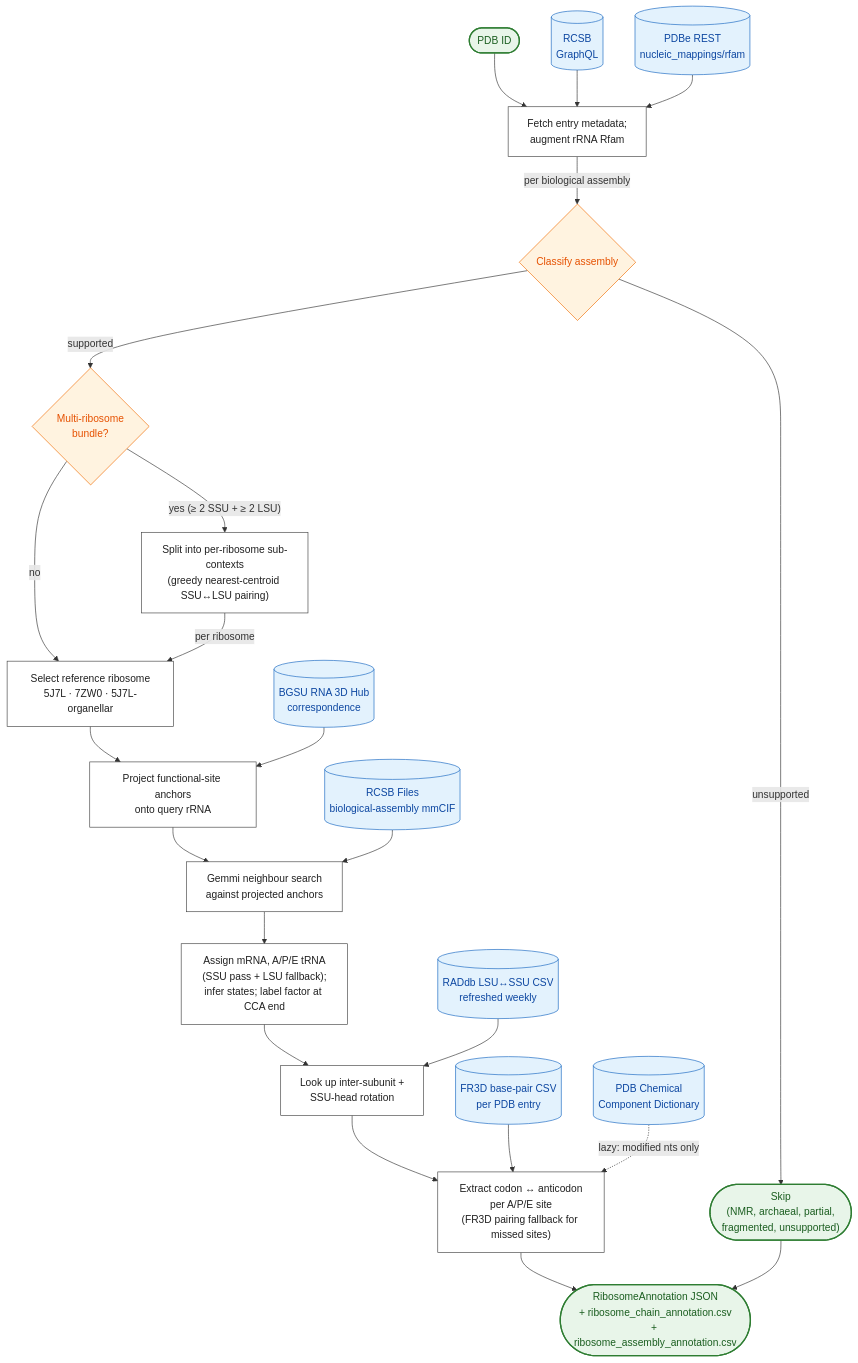
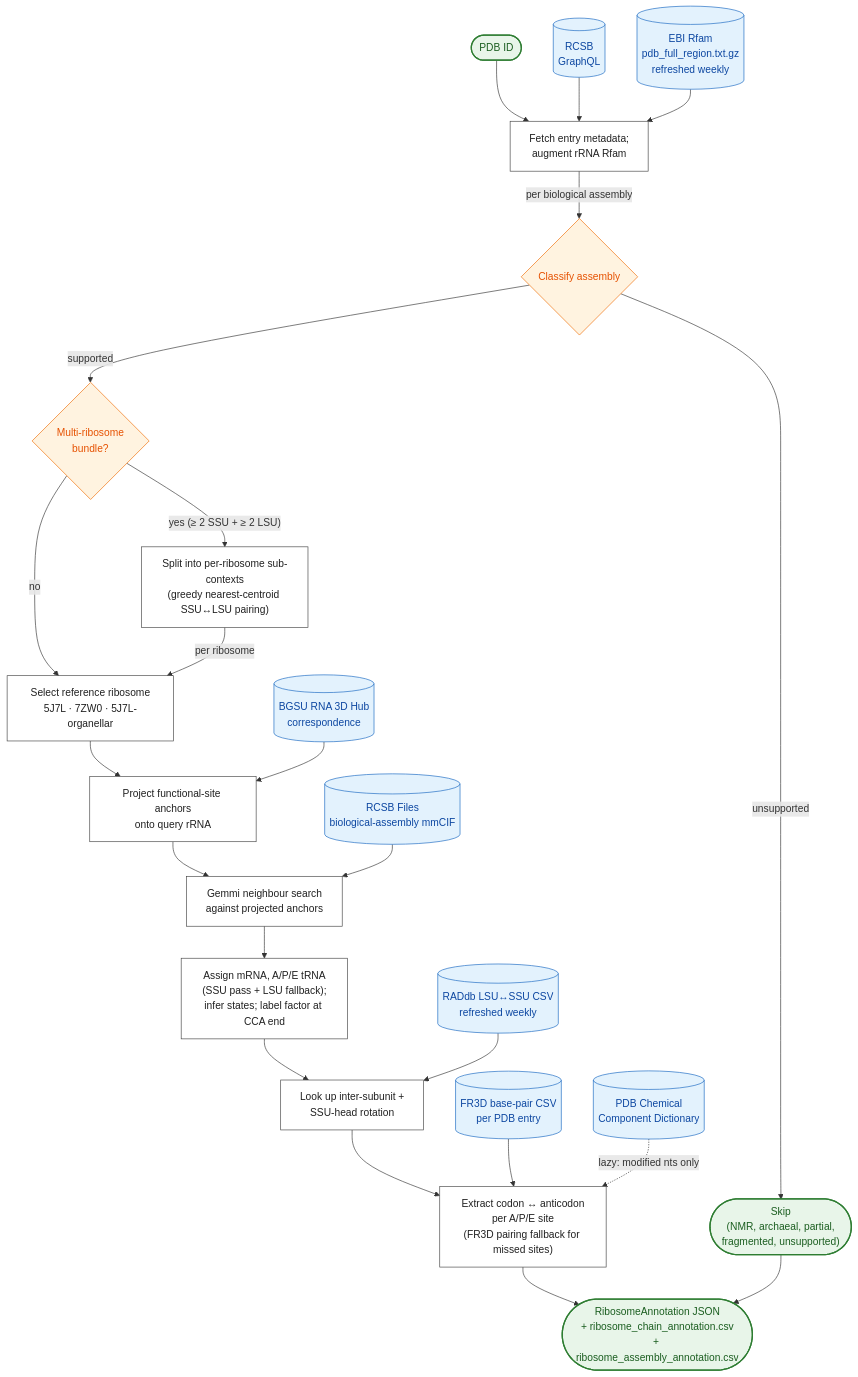
One commit to BGSU-RNA/ribosome-functional-annotation changed the diagram in README.md. Above: the diagram before and after it, drawn with Mermaid. The commit also changed other lines of this file and 8 other files, not shown here.

````diff
--- a/README.md
+++ b/README.md
@@ -146,58 +148,58 @@
 ```mermaid
 flowchart TD
     classDef source fill:#e3f2fd,stroke:#1565c0,color:#0d47a1
     classDef proc fill:#ffffff,stroke:#424242,color:#212121
     classDef io fill:#e8f5e9,stroke:#2e7d32,color:#1b5e20,stroke-width:2px
     classDef decision fill:#fff3e0,stroke:#ef6c00,color:#e65100
 
     Input(["PDB ID"]):::io
 
     %% External data sources
     RCSB[("RCSB<br/>GraphQL")]:::source
-    PDBe[("PDBe REST<br/>nucleic_mappings/rfam")]:::source
+    RfamFile[("EBI Rfam<br/>pdb_full_region.txt.gz<br/>refreshed weekly")]:::source
     BGSU[("BGSU RNA 3D Hub<br/>correspondence")]:::source
     Coords[("RCSB Files<br/>biological-assembly mmCIF")]:::source
     RADdb[("RADdb LSU↔SSU CSV<br/>refreshed weekly")]:::source
     FR3D[("FR3D base-pair CSV<br/>per PDB entry")]:::source
     CCD[("PDB Chemical<br/>Component Dictionary")]:::source
 
     %% Processing stages
     Fetch["Fetch entry metadata;<br/>augment rRNA Rfam"]:::proc
     Classify{"Classify assembly"}:::decision
     Skip(["Skip<br/>(NMR, archaeal, partial,<br/>fragmented, unsupported)"]):::io
     Split{"Multi-ribosome<br/>bundle?"}:::decision
     SplitGeom["Split into per-ribosome sub-contexts<br/>(greedy nearest-centroid SSU↔LSU pairing)"]:::proc
     SelectRef["Select reference ribosome<br/>5J7L · 7ZW0 · 5J7L-organellar"]:::proc
     Anchors["Project functional-site anchors<br/>onto query rRNA"]:::proc
     Contacts["Gemmi neighbour search<br/>against projected anchors"]:::proc
     Assign["Assign mRNA, A/P/E tRNA<br/>(SSU pass + LSU fallback);<br/>infer states; label factor at CCA end"]:::proc
     Movements["Look up inter-subunit +<br/>SSU-head rotation"]:::proc
     Codon["Extract codon ↔ anticodon<br/>per A/P/E site<br/>(FR3D pairing fallback for missed sites)"]:::proc
 
     %% Output
     Output(["RibosomeAnnotation JSON<br/>+ ribosome_chain_annotation.csv<br/>+ ribosome_assembly_annotation.csv"]):::io
 
     %% Flow
     Input --> Fetch
     RCSB --> Fetch
-    PDBe --> Fetch
+    RfamFile --> Fetch
 
     Fetch -->|per biological assembly| Classify
     Classify -->|unsupported| Skip
     Classify -->|supported| Split
     Split -->|"yes (≥ 2 SSU + ≥ 2 LSU)"| SplitGeom
     Split -->|no| SelectRef
     SplitGeom -->|per ribosome| SelectRef
     SelectRef --> Anchors
     BGSU --> Anchors
     Anchors --> Contacts
     Coords --> Contacts
     Contacts --> Assign
     Assign --> Movements
     RADdb --> Movements
     Movements --> Codon
     FR3D --> Codon
     CCD -.->|lazy: modified nts only| Codon
     Codon --> Output
     Skip --> Output
 ```
````
